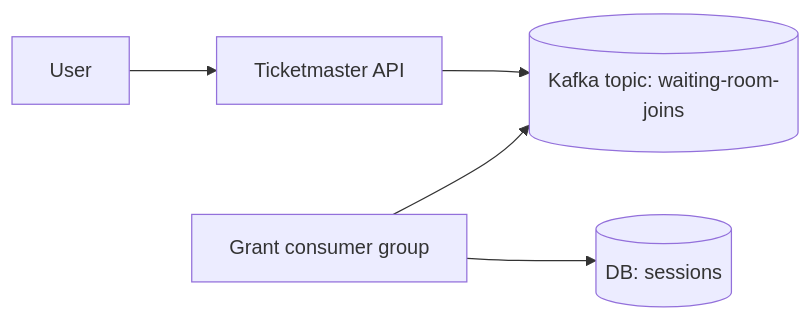
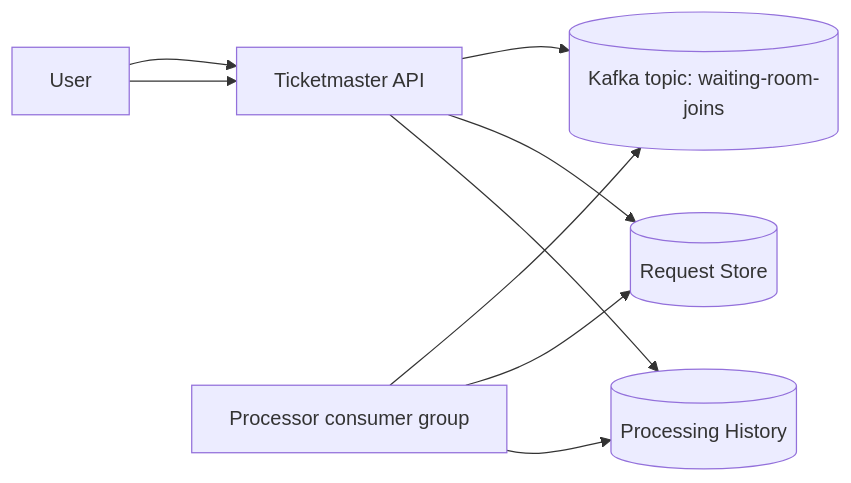
One commit to ShalomDeitch1/examples changed the first of 2 diagrams in ticketmaster/tech-waiting-room/kafka/README.md. Above: the diagram before and after it, drawn with Mermaid. The commit also changed other lines of this file and 5 other files, not shown here.

````diff
--- a/ticketmaster/tech-waiting-room/kafka/README.md
+++ b/ticketmaster/tech-waiting-room/kafka/README.md
@@ -22,7 +23,11 @@
 ```mermaid
 flowchart LR
   U[User] --> TM[Ticketmaster API]
   TM --> K[(Kafka topic: waiting-room-joins)]
-  G[Grant consumer group] --> K
-  G --> DB[(DB: sessions)]
+  P[Processor consumer group] --> K
+  P --> S[(Request Store)]
+  P --> H[(Processing History)]
+  U --> TM
+  TM --> S
+  TM --> H
 ```
````
